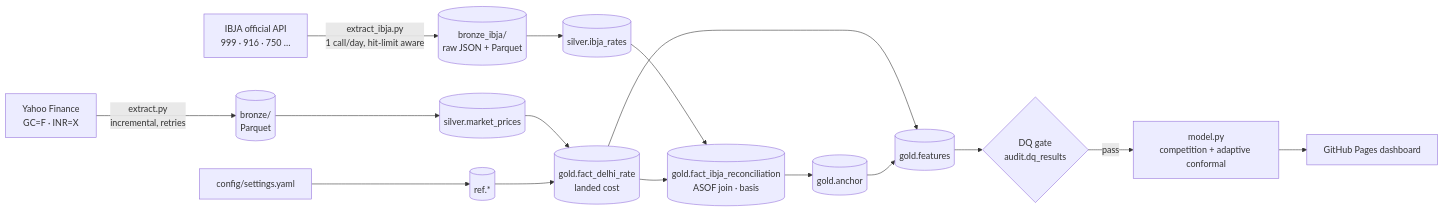
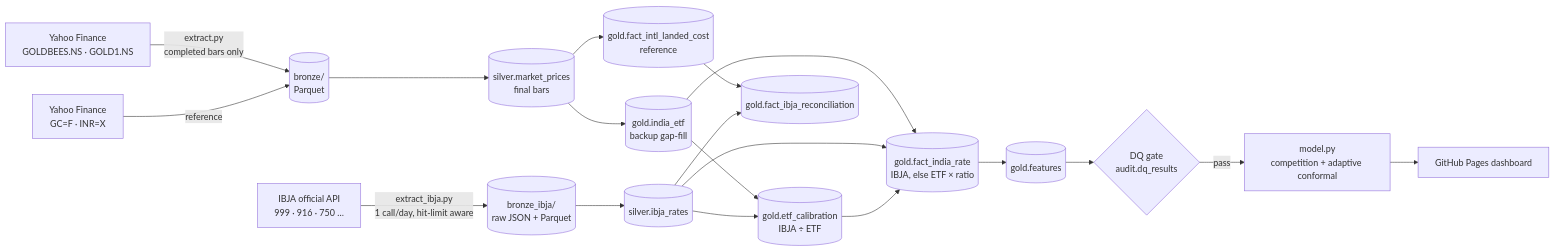
The diagram in README.md (sumankarar95-byte/delhi-gold-rate-pipeline), drawn with Mermaid before and after one commit. The commit also changed other lines of this file and 18 other files, not shown here.

First line of the commit message:
Forecast the Indian gold rate directly (IBJA level, Gold BeES moves)

````diff
--- a/README.md
+++ b/README.md
@@ -18,18 +20,21 @@
 ```mermaid
 flowchart LR
-    Y[Yahoo Finance<br/>GC=F · INR=X] -->|extract.py<br/>incremental, retries| B[(bronze/<br/>Parquet)]
+    E[Yahoo Finance<br/>GOLDBEES.NS · GOLD1.NS] -->|extract.py<br/>completed bars only| B[(bronze/<br/>Parquet)]
+    Y[Yahoo Finance<br/>GC=F · INR=X] -->|reference| B
     I[IBJA official API<br/>999 · 916 · 750 …] -->|extract_ibja.py<br/>1 call/day, hit-limit aware| BI[(bronze_ibja/<br/>raw JSON + Parquet)]
-    B --> S[(silver.market_prices)]
+    B --> S[(silver.market_prices<br/>final bars)]
     BI --> SI[(silver.ibja_rates)]
-    C[config/settings.yaml] --> R[(ref.*)]
-    S --> F[(gold.fact_delhi_rate<br/>landed cost)]
-    SI --> RC[(gold.fact_ibja_reconciliation<br/>ASOF join · basis)]
-    F --> RC
-    RC --> A[(gold.anchor)]
-    F --> FE[(gold.features)]
-    A --> FE
-    R --> F
+    S --> ETF[(gold.india_etf<br/>backup gap-fill)]
+    ETF --> K[(gold.etf_calibration<br/>IBJA ÷ ETF)]
+    SI --> K
+    ETF --> IR[(gold.fact_india_rate<br/>IBJA, else ETF × ratio)]
+    SI --> IR
+    K --> IR
+    S --> L[(gold.fact_intl_landed_cost<br/>reference)]
+    L --> RC[(gold.fact_ibja_reconciliation)]
+    SI --> RC
+    IR --> FE[(gold.features)]
     FE --> Q{DQ gate<br/>audit.dq_results}
     Q -->|pass| M[model.py<br/>competition + adaptive conformal]
     M --> D[GitHub Pages dashboard]
 ```
````
